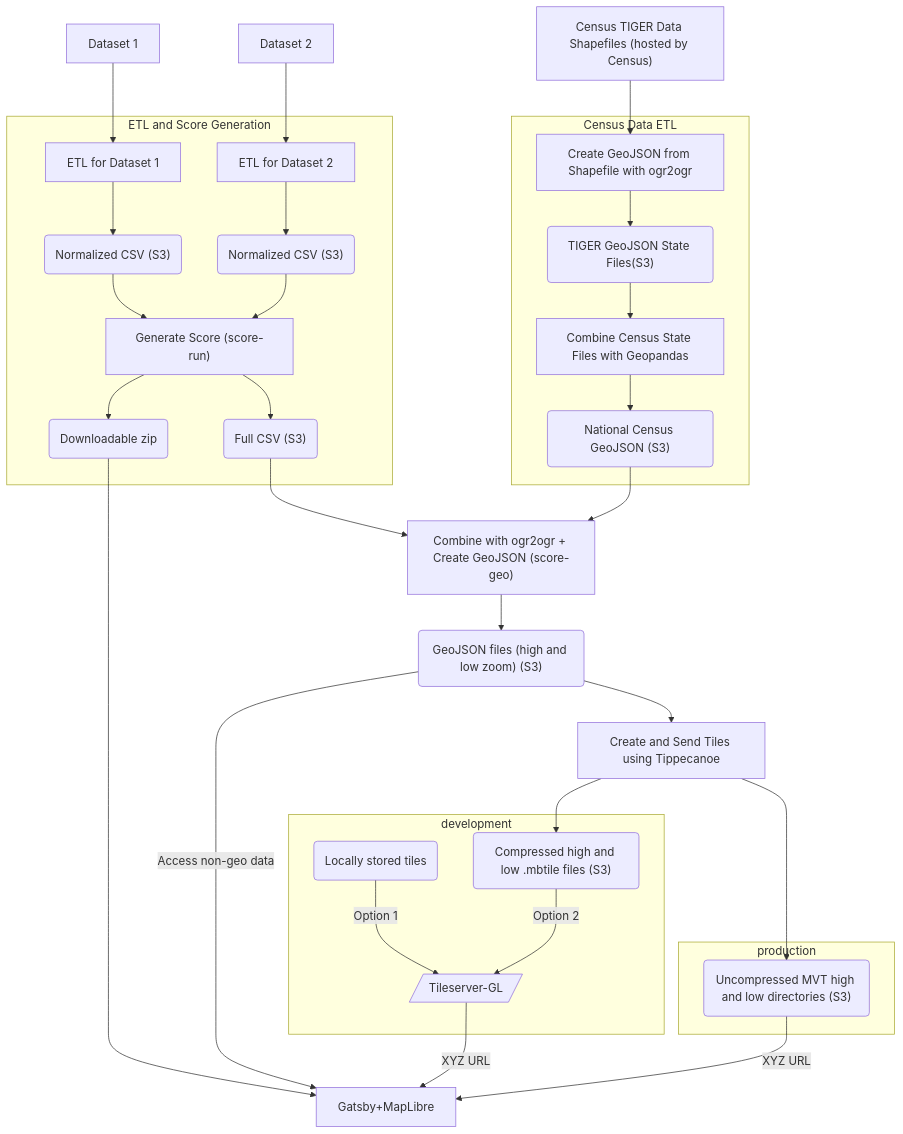
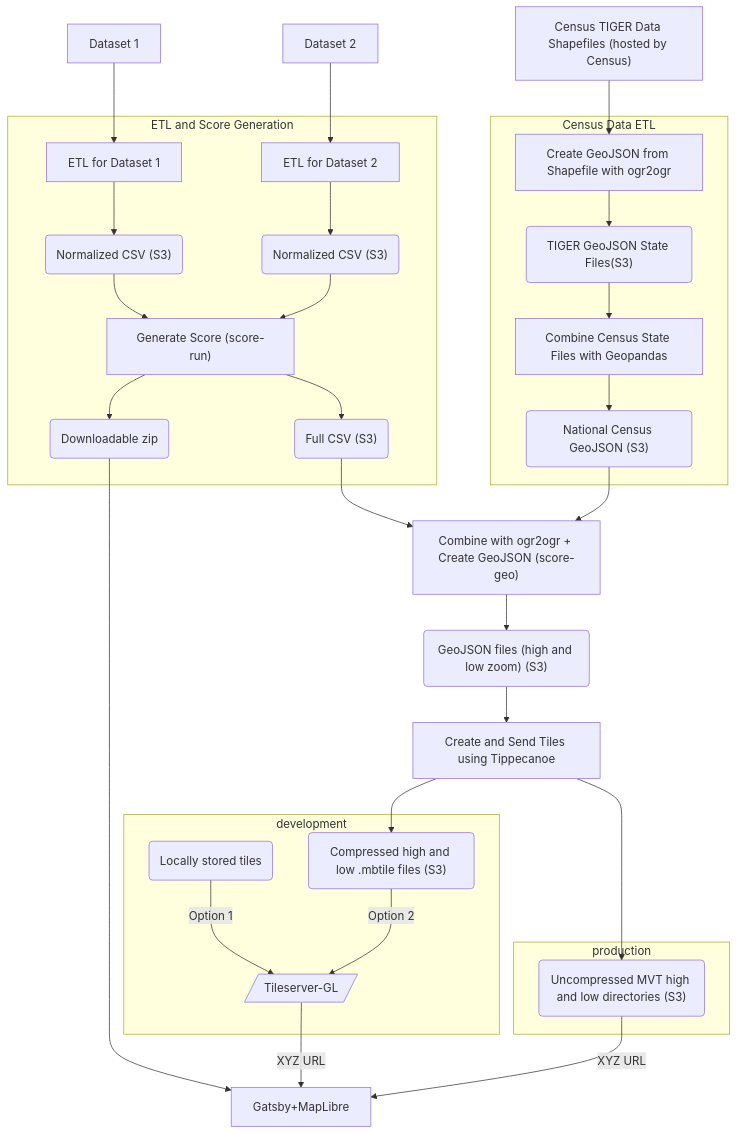
Before and after one commit to usds/justice40-tool: the diagram in docs/architecture/geodata-pipeline-arch.mmd, drawn with Mermaid. The commit also changed other lines of this file and 1 other file, not shown here.

Commit message:
Update diagram to remove something we do not yet do

```diff
--- a/docs/architecture/geodata-pipeline-arch.mmd
+++ b/docs/architecture/geodata-pipeline-arch.mmd
@@ -1,37 +1,36 @@
 graph TD
     Dataset1["Dataset 1"]-->ETL1
     Dataset2["Dataset 2"]-->ETL2
     subgraph "ETL and Score Generation"
         ETL1["ETL for Dataset 1"]-->ncsv1("Normalized CSV (S3)")
         ETL2["ETL for Dataset 2"]-->ncsv2("Normalized CSV (S3)")
         ncsv1-->Score
         ncsv2-->Score
         Score-->DL("Downloadable zip")
         Score["Generate Score (score-run)"]-->CSV
     end
     DL-->Client
 
     Census["Census TIGER Data Shapefiles (hosted by Census)"]-->CGTiger
     subgraph "Census Data ETL"
         CGTiger["Create GeoJSON from Shapefile with ogr2ogr"]-->TS3
         TS3("TIGER GeoJSON State Files(S3)")-->CombineCensus["Combine Census State Files with Geopandas"]
         CombineCensus-->NCS3("National Census GeoJSON (S3)")
     end
     
     CSV("Full CSV (S3)")-->CGJ
     NCS3-->CGJ
     CGJ["Combine with ogr2ogr + Create GeoJSON (score-geo)"]-->GeoJSON
     GeoJSON("GeoJSON files (high and low zoom) (S3)")-->Tip
-    GeoJSON--"Access non-geo data"-->Client
     Tip["Create and Send Tiles using Tippecanoe"]-->Uncompressed
     Tip-->Compressed
     subgraph production
         Uncompressed("Uncompressed MVT high and low directories (S3)")
     end
     subgraph development
         Local("Locally stored tiles")--"Option 1"-->TS
         Compressed("Compressed high and low .mbtile files (S3)")--"Option 2"-->TS[/Tileserver-GL/]
     end
     
     TS--"XYZ URL"-->Client
     Uncompressed--"XYZ URL"-->Client["Gatsby+MapLibre"]
```
